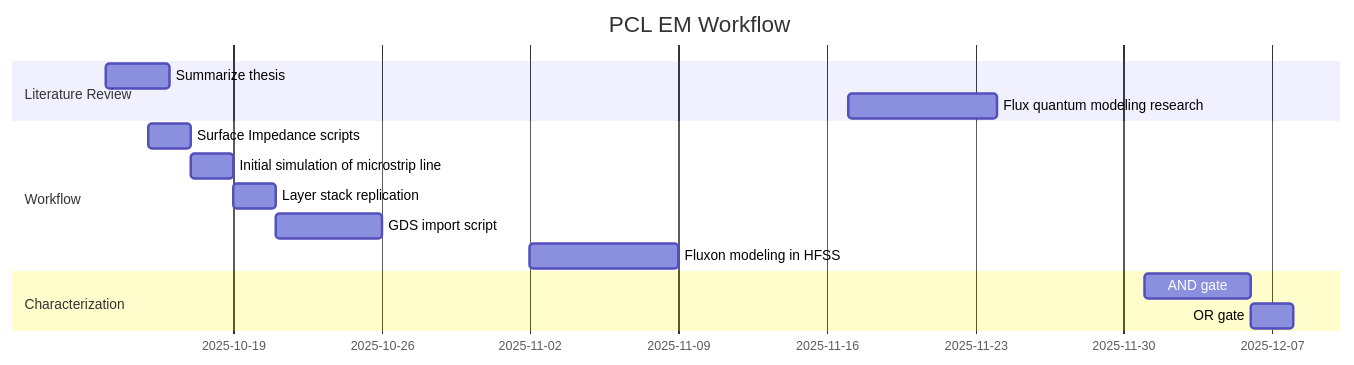
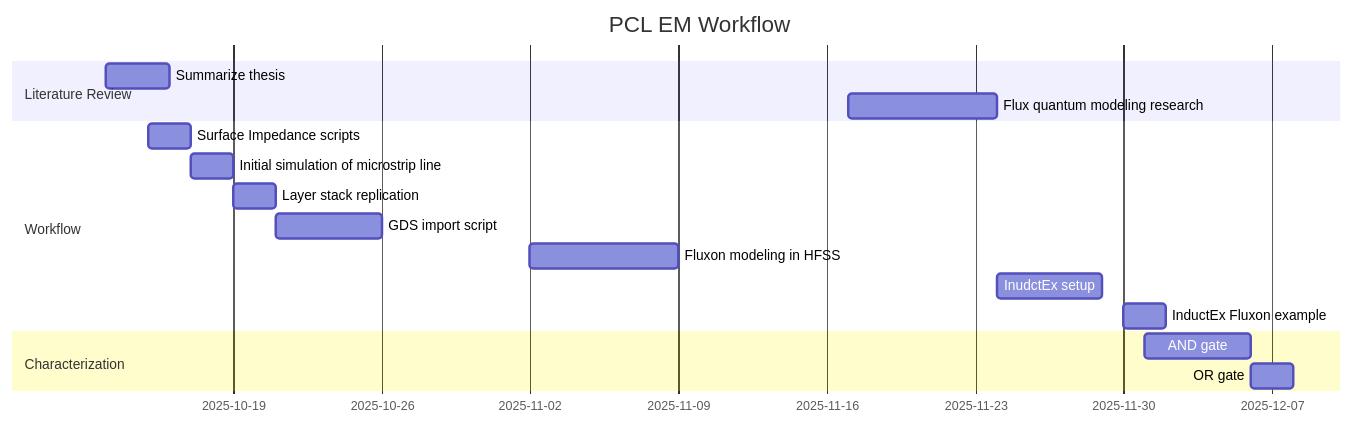
One commit to woodworthkyle/wisc_SC_EM_flow changed the diagram in README.md. Above: the diagram before and after it, drawn with Mermaid.

Commit message:
Add InductEx setup and example to README

````diff
--- a/README.md
+++ b/README.md
@@ -1,17 +1,19 @@
 ```mermaid
 gantt
     title PCL EM Workflow
     dateFormat YYYY-MM-DD
     section Literature Review
         Summarize thesis: 2025-10-13, 3d
         Flux quantum modeling research: 2025-11-17, 7d
     section Workflow
         Surface Impedance scripts :2025-10-15, 2d
         Initial simulation of microstrip line :2025-10-17, 2d
         Layer stack replication: 2025-10-19, 2d
         GDS import script: 2025-10-21, 5d
         Fluxon modeling in HFSS: 2025-11-02, 7d
+        InudctEx setup: 2025-11-24, 5d
+        InductEx Fluxon example: 2025-11-30, 2d
     Section Characterization
         AND gate :2025-12-01, 5d
         OR gate :2025-12-06, 2d
 ```
````
